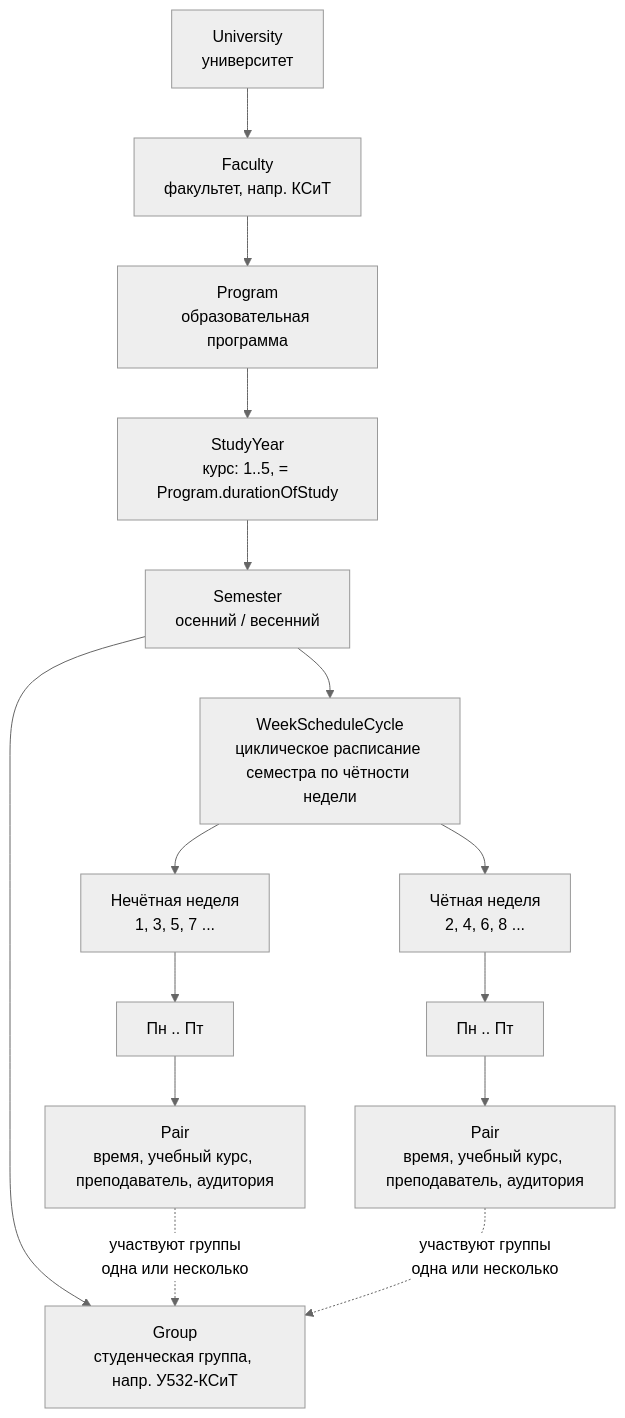
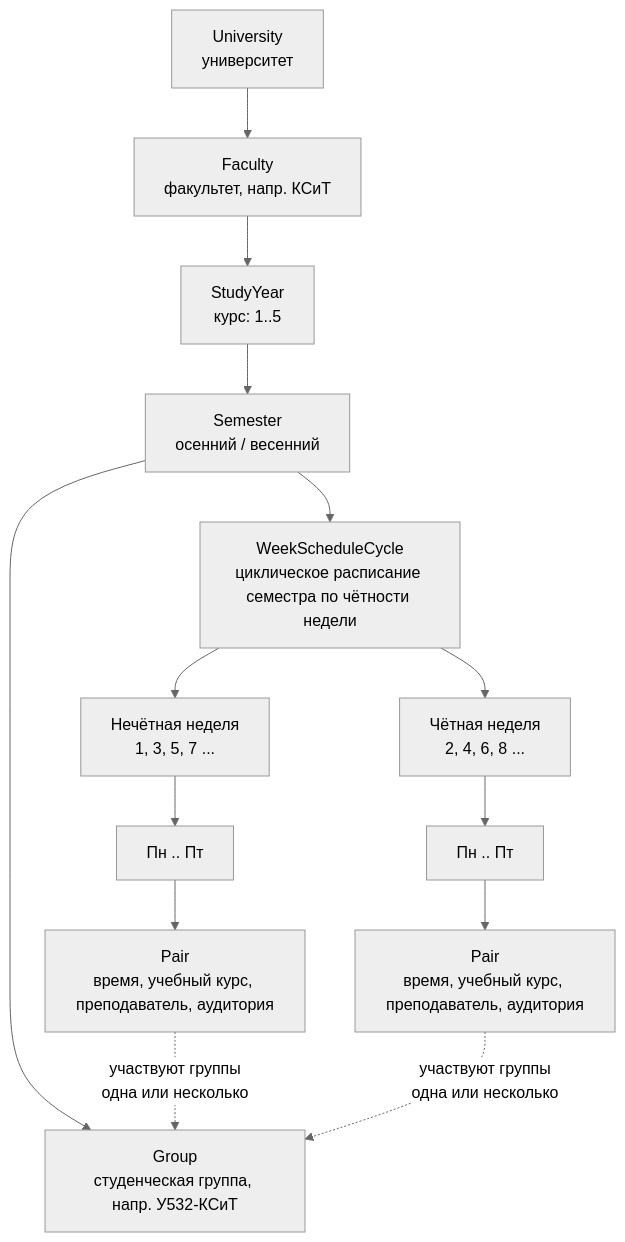
One commit to coungard/univer changed the first of 4 diagrams in TARGET.md. Above: the diagram before and after it, drawn with Mermaid (neutral theme). The commit also changed other lines of this file and 39 other files, not shown here.

````diff
--- a/TARGET.md
+++ b/TARGET.md
@@ -34,17 +34,16 @@
 ```mermaid
 graph TD
     Univ[University<br/>университет] --> Fac[Faculty<br/>факультет, напр. КСиТ]
-    Fac --> Prog[Program<br/>образовательная программа]
-    Prog --> Year[StudyYear<br/>курс: 1..5, = Program.durationOfStudy]
+    Fac --> Year[StudyYear<br/>курс: 1..5]
     Year --> Sem[Semester<br/>осенний / весенний]
     Sem --> Grp[Group<br/>студенческая группа, напр. У532-КСиТ]
     Sem --> Cycle[WeekScheduleCycle<br/>циклическое расписание семестра по чётности недели]
     Cycle --> OddW[Нечётная неделя<br/>1, 3, 5, 7 ...]
     Cycle --> EvenW[Чётная неделя<br/>2, 4, 6, 8 ...]
     OddW --> Day1[Пн .. Пт]
     EvenW --> Day2[Пн .. Пт]
     Day1 --> Pair1[Pair<br/>время, учебный курс, преподаватель, аудитория]
     Day2 --> Pair2[Pair<br/>время, учебный курс, преподаватель, аудитория]
     Pair1 -.->|участвуют группы<br/>одна или несколько| Grp
     Pair2 -.->|участвуют группы<br/>одна или несколько| Grp
 ```
````
